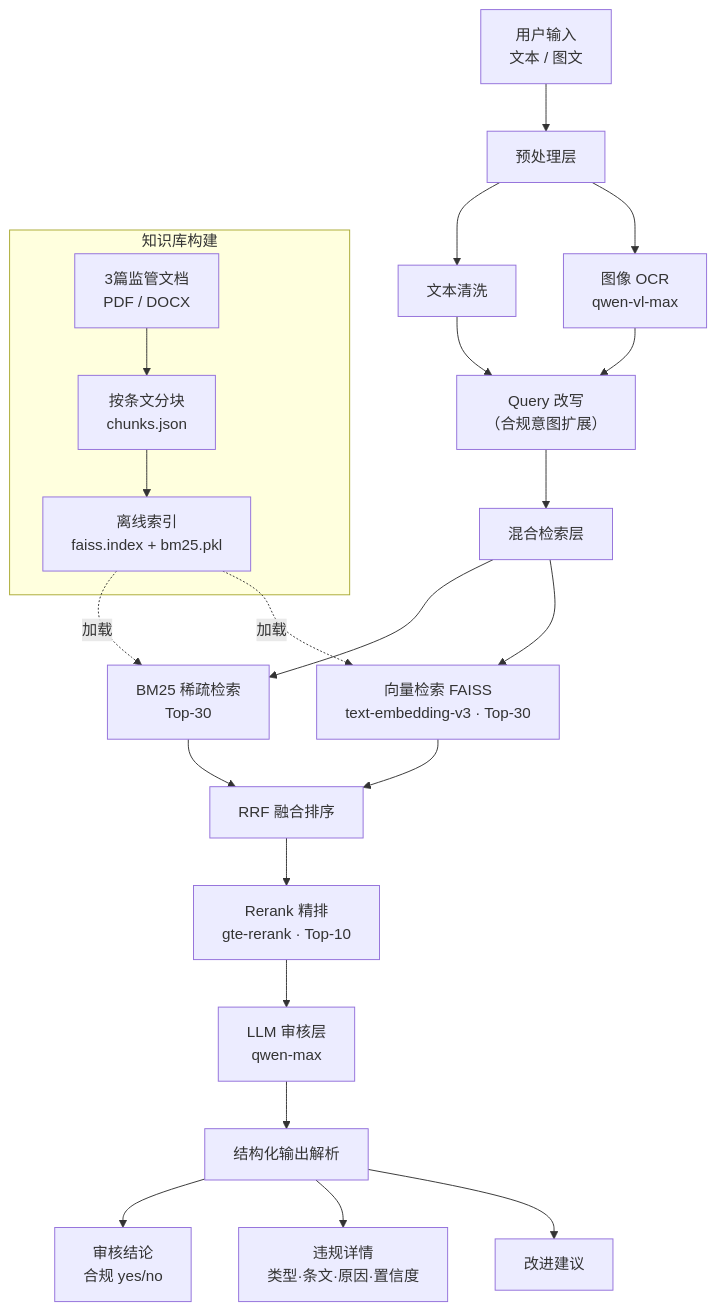
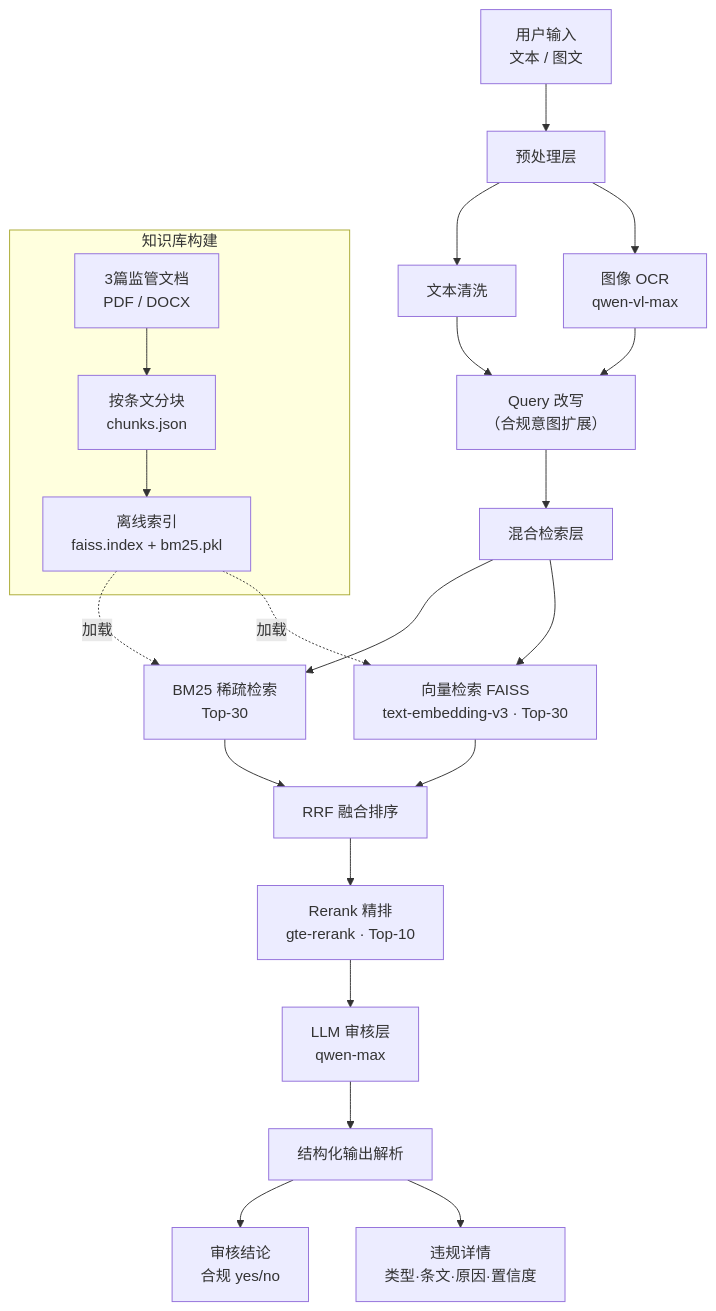
The diagram in README.md (WUYEWUXIU/compliance-reviewer), drawn with Mermaid before and after one commit.

Commit message:
docs: remove improvement suggestions section from README flowchart

````diff
--- a/README.md
+++ b/README.md
@@ -26,28 +26,27 @@
 ```mermaid
 flowchart TD
     A["用户输入<br/>文本 / 图文"] --> B["预处理层"]
     B --> B1["文本清洗"]
     B --> B2["图像 OCR<br/>qwen-vl-max"]
     B1 & B2 --> C["Query 改写<br/>（合规意图扩展）"]
 
     C --> D["混合检索层"]
     D --> D1["BM25 稀疏检索<br/>Top-30"]
     D --> D2["向量检索 FAISS<br/>text-embedding-v3 · Top-30"]
     D1 & D2 --> D3["RRF 融合排序"]
     D3 --> D4["Rerank 精排<br/>gte-rerank · Top-10"]
 
     D4 --> E["LLM 审核层<br/>qwen-max"]
     E --> F["结构化输出解析"]
 
     F --> G["审核结论<br/>合规 yes/no"]
     F --> H["违规详情<br/>类型·条文·原因·置信度"]
-    F --> I["改进建议"]
 
     subgraph 知识库构建
         K1["3篇监管文档<br/>PDF / DOCX"] --> K2["按条文分块<br/>chunks.json"]
         K2 --> K3["离线索引<br/>faiss.index + bm25.pkl"]
     end
 
     K3 -.->|加载| D1
     K3 -.->|加载| D2
 ```
````
